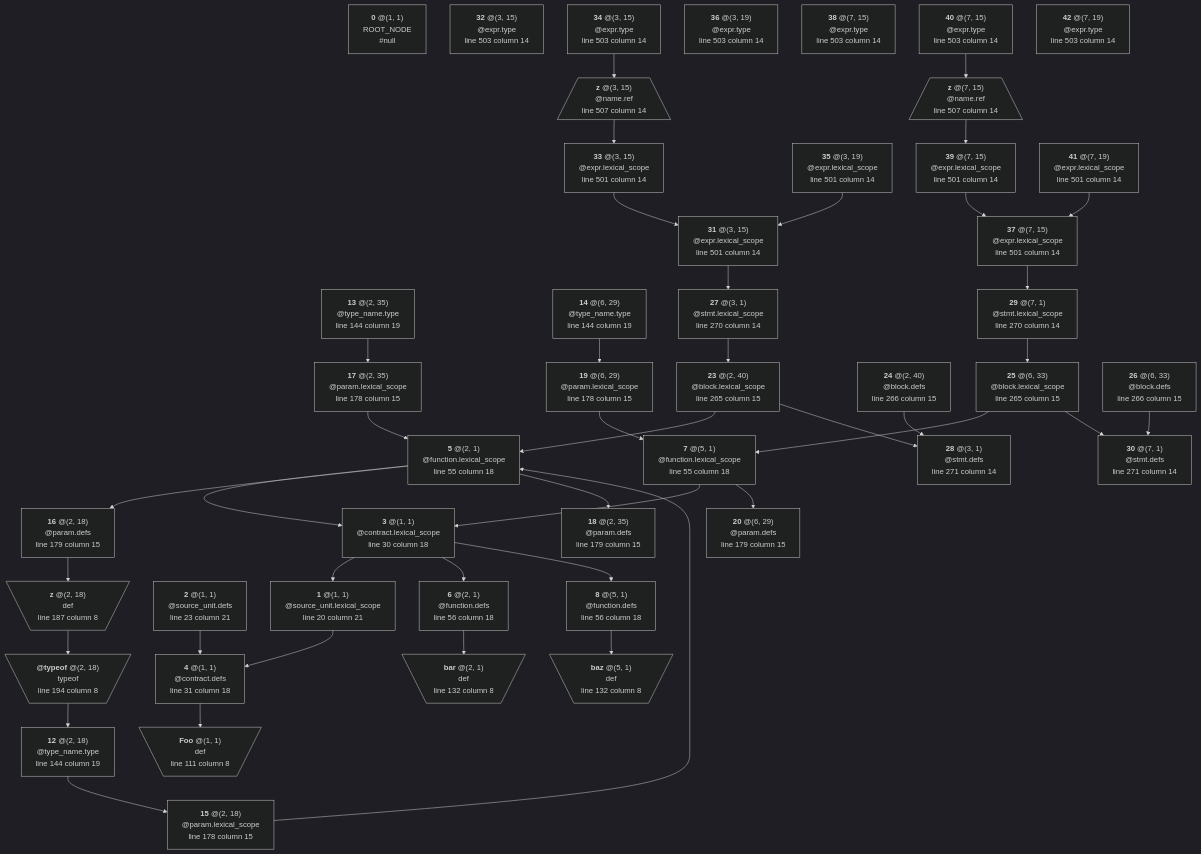
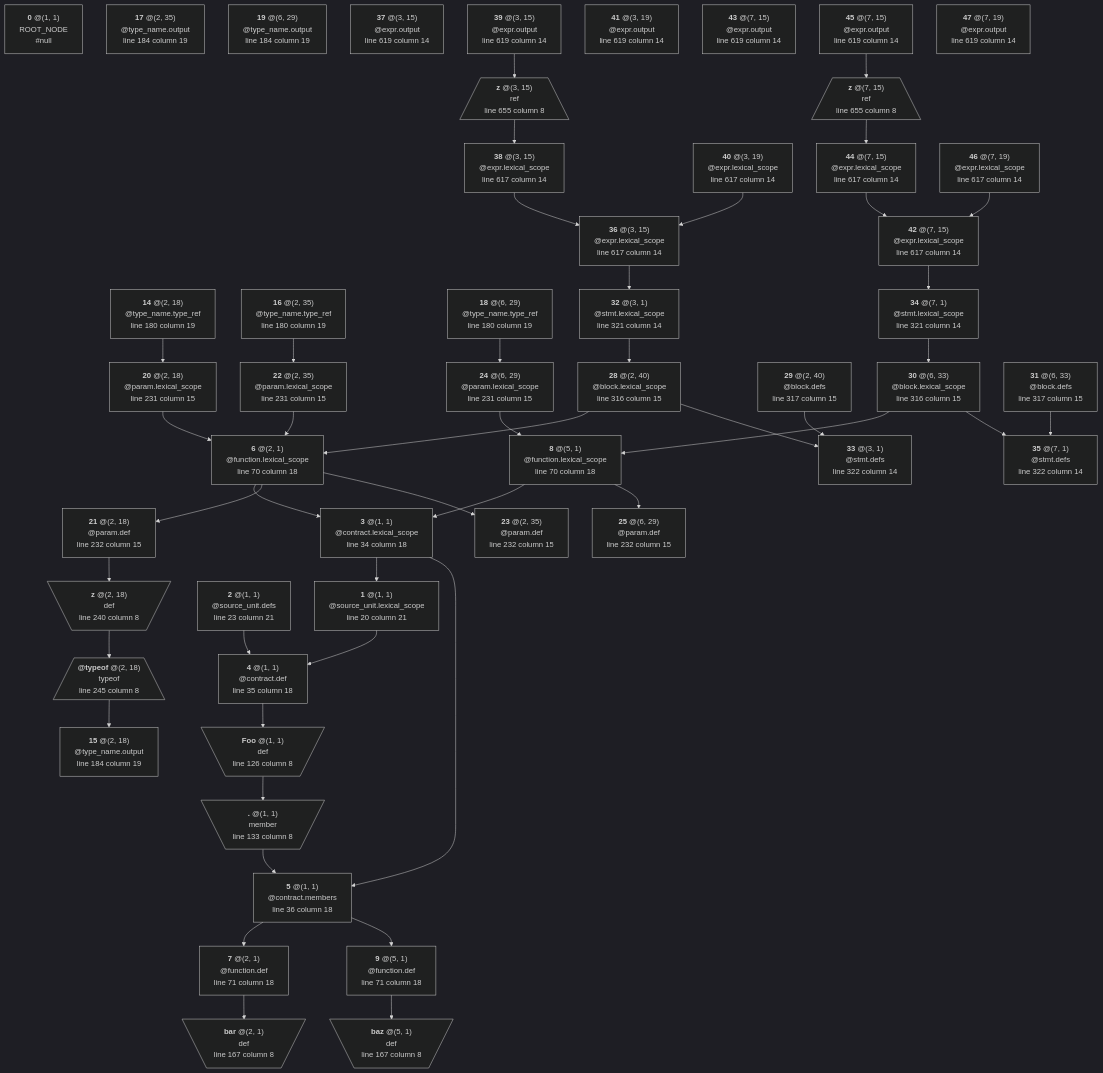
The diagram in crates/solidity/testing/snapshots/bindings_output/lexical/params/generated/0.4.11.mmd (manastech/slang), drawn with Mermaid (dark theme) before and after one commit. The commit also changed 39 other files, not shown here.

First line of the commit message:
Bindings for structs and refactor contract/libs/ifaces members rules

```diff
--- a/crates/solidity/testing/snapshots/bindings_output/lexical/params/generated/0.4.11.mmd
+++ b/crates/solidity/testing/snapshots/bindings_output/lexical/params/generated/0.4.11.mmd
@@ -1,178 +1,196 @@
 %% This file is generated automatically by infrastructure scripts. Please don't edit by hand.
 
 graph TD
 	N0["`**0** @(1, 1)
 ROOT_NODE
 #null`"]
 	N1["`**1** @(1, 1)
 @source_unit.lexical_scope
 line 20 column 21`"]
 	N1 --> N4
 	N2["`**2** @(1, 1)
 @source_unit.defs
 line 23 column 21`"]
 	N2 --> N4
 	N3["`**3** @(1, 1)
 @contract.lexical_scope
-line 30 column 18`"]
+line 34 column 18`"]
 	N3 --> N1
-	N3 --> N6
-	N3 --> N8
+	N3 --> N5
 	N4["`**4** @(1, 1)
-@contract.defs
-line 31 column 18`"]
-	N4 --> N9
-	N5["`**5** @(2, 1)
+@contract.def
+line 35 column 18`"]
+	N4 --> N10
+	N5["`**5** @(1, 1)
+@contract.members
+line 36 column 18`"]
+	N5 --> N7
+	N5 --> N9
+	N6["`**6** @(2, 1)
 @function.lexical_scope
-line 55 column 18`"]
-	N5 --> N3
-	N5 --> N16
-	N5 --> N18
-	N6["`**6** @(2, 1)
-@function.defs
-line 56 column 18`"]
-	N6 --> N10
-	N7["`**7** @(5, 1)
+line 70 column 18`"]
+	N6 --> N3
+	N6 --> N21
+	N6 --> N23
+	N7["`**7** @(2, 1)
+@function.def
+line 71 column 18`"]
+	N7 --> N12
+	N8["`**8** @(5, 1)
 @function.lexical_scope
-line 55 column 18`"]
-	N7 --> N3
-	N7 --> N20
-	N8["`**8** @(5, 1)
-@function.defs
-line 56 column 18`"]
-	N8 --> N11
-	N9[\"`**Foo** @(1, 1)
+line 70 column 18`"]
+	N8 --> N3
+	N8 --> N25
+	N9["`**9** @(5, 1)
+@function.def
+line 71 column 18`"]
+	N9 --> N13
+	N10[\"`**Foo** @(1, 1)
 def
-line 111 column 8`"/]
-	N10[\"`**bar** @(2, 1)
+line 126 column 8`"/]
+	N10 --> N11
+	N11[\"`**.** @(1, 1)
+member
+line 133 column 8`"/]
+	N11 --> N5
+	N12[\"`**bar** @(2, 1)
 def
-line 132 column 8`"/]
-	N11[\"`**baz** @(5, 1)
+line 167 column 8`"/]
+	N13[\"`**baz** @(5, 1)
 def
-line 132 column 8`"/]
-	N12["`**12** @(2, 18)
-@type_name.type
-line 144 column 19`"]
-	N12 --> N15
-	N13["`**13** @(2, 35)
-@type_name.type
-line 144 column 19`"]
-	N13 --> N17
-	N14["`**14** @(6, 29)
-@type_name.type
-line 144 column 19`"]
-	N14 --> N19
+line 167 column 8`"/]
+	N14["`**14** @(2, 18)
+@type_name.type_ref
+line 180 column 19`"]
+	N14 --> N20
 	N15["`**15** @(2, 18)
+@type_name.output
+line 184 column 19`"]
+	N16["`**16** @(2, 35)
+@type_name.type_ref
+line 180 column 19`"]
+	N16 --> N22
+	N17["`**17** @(2, 35)
+@type_name.output
+line 184 column 19`"]
+	N18["`**18** @(6, 29)
+@type_name.type_ref
+line 180 column 19`"]
+	N18 --> N24
+	N19["`**19** @(6, 29)
+@type_name.output
+line 184 column 19`"]
+	N20["`**20** @(2, 18)
 @param.lexical_scope
-line 178 column 15`"]
-	N15 --> N5
-	N16["`**16** @(2, 18)
-@param.defs
-line 179 column 15`"]
-	N16 --> N21
-	N17["`**17** @(2, 35)
+line 231 column 15`"]
+	N20 --> N6
+	N21["`**21** @(2, 18)
+@param.def
+line 232 column 15`"]
+	N21 --> N26
+	N22["`**22** @(2, 35)
 @param.lexical_scope
-line 178 column 15`"]
-	N17 --> N5
-	N18["`**18** @(2, 35)
-@param.defs
-line 179 column 15`"]
-	N19["`**19** @(6, 29)
+line 231 column 15`"]
+	N22 --> N6
+	N23["`**23** @(2, 35)
+@param.def
+line 232 column 15`"]
+	N24["`**24** @(6, 29)
 @param.lexical_scope
-line 178 column 15`"]
-	N19 --> N7
-	N20["`**20** @(6, 29)
-@param.defs
-line 179 column 15`"]
-	N21[\"`**z** @(2, 18)
+line 231 column 15`"]
+	N24 --> N8
+	N25["`**25** @(6, 29)
+@param.def
+line 232 column 15`"]
+	N26[\"`**z** @(2, 18)
 def
-line 187 column 8`"/]
-	N21 --> N22
-	N22[\"`**@typeof** @(2, 18)
+line 240 column 8`"/]
+	N26 --> N27
+	N27[/"`**@typeof** @(2, 18)
 typeof
-line 194 column 8`"/]
-	N22 --> N12
-	N23["`**23** @(2, 40)
+line 245 column 8`"\]
+	N27 --> N15
+	N28["`**28** @(2, 40)
 @block.lexical_scope
-line 265 column 15`"]
-	N23 --> N5
-	N23 --> N28
-	N24["`**24** @(2, 40)
+line 316 column 15`"]
+	N28 --> N6
+	N28 --> N33
+	N29["`**29** @(2, 40)
 @block.defs
-line 266 column 15`"]
-	N24 --> N28
-	N25["`**25** @(6, 33)
+line 317 column 15`"]
+	N29 --> N33
+	N30["`**30** @(6, 33)
 @block.lexical_scope
-line 265 column 15`"]
-	N25 --> N7
-	N25 --> N30
-	N26["`**26** @(6, 33)
+line 316 column 15`"]
+	N30 --> N8
+	N30 --> N35
+	N31["`**31** @(6, 33)
 @block.defs
-line 266 column 15`"]
-	N26 --> N30
-	N27["`**27** @(3, 1)
+line 317 column 15`"]
+	N31 --> N35
+	N32["`**32** @(3, 1)
 @stmt.lexical_scope
-line 270 column 14`"]
-	N27 --> N23
-	N28["`**28** @(3, 1)
+line 321 column 14`"]
+	N32 --> N28
+	N33["`**33** @(3, 1)
 @stmt.defs
-line 271 column 14`"]
-	N29["`**29** @(7, 1)
+line 322 column 14`"]
+	N34["`**34** @(7, 1)
 @stmt.lexical_scope
-line 270 column 14`"]
-	N29 --> N25
-	N30["`**30** @(7, 1)
+line 321 column 14`"]
+	N34 --> N30
+	N35["`**35** @(7, 1)
 @stmt.defs
-line 271 column 14`"]
-	N31["`**31** @(3, 15)
+line 322 column 14`"]
+	N36["`**36** @(3, 15)
 @expr.lexical_scope
-line 501 column 14`"]
-	N31 --> N27
-	N32["`**32** @(3, 15)
-@expr.type
-line 503 column 14`"]
-	N33["`**33** @(3, 15)
+line 617 column 14`"]
+	N36 --> N32
+	N37["`**37** @(3, 15)
+@expr.output
+line 619 column 14`"]
+	N38["`**38** @(3, 15)
 @expr.lexical_scope
-line 501 column 14`"]
-	N33 --> N31
-	N34["`**34** @(3, 15)
-@expr.type
-line 503 column 14`"]
-	N34 --> N43
-	N35["`**35** @(3, 19)
+line 617 column 14`"]
+	N38 --> N36
+	N39["`**39** @(3, 15)
+@expr.output
+line 619 column 14`"]
+	N39 --> N48
+	N40["`**40** @(3, 19)
 @expr.lexical_scope
-line 501 column 14`"]
-	N35 --> N31
-	N36["`**36** @(3, 19)
-@expr.type
-line 503 column 14`"]
-	N37["`**37** @(7, 15)
+line 617 column 14`"]
+	N40 --> N36
+	N41["`**41** @(3, 19)
+@expr.output
+line 619 column 14`"]
+	N42["`**42** @(7, 15)
 @expr.lexical_scope
-line 501 column 14`"]
-	N37 --> N29
-	N38["`**38** @(7, 15)
-@expr.type
-line 503 column 14`"]
-	N39["`**39** @(7, 15)
+line 617 column 14`"]
+	N42 --> N34
+	N43["`**43** @(7, 15)
+@expr.output
+line 619 column 14`"]
+	N44["`**44** @(7, 15)
 @expr.lexical_scope
-line 501 column 14`"]
-	N39 --> N37
-	N40["`**40** @(7, 15)
-@expr.type
-line 503 column 14`"]
-	N40 --> N44
-	N41["`**41** @(7, 19)
+line 617 column 14`"]
+	N44 --> N42
+	N45["`**45** @(7, 15)
+@expr.output
+line 619 column 14`"]
+	N45 --> N49
+	N46["`**46** @(7, 19)
 @expr.lexical_scope
-line 501 column 14`"]
-	N41 --> N37
-	N42["`**42** @(7, 19)
-@expr.type
-line 503 column 14`"]
-	N43[/"`**z** @(3, 15)
-@name.ref
-line 507 column 14`"\]
-	N43 --> N33
-	N44[/"`**z** @(7, 15)
-@name.ref
-line 507 column 14`"\]
-	N44 --> N39
+line 617 column 14`"]
+	N46 --> N42
+	N47["`**47** @(7, 19)
+@expr.output
+line 619 column 14`"]
+	N48[/"`**z** @(3, 15)
+ref
+line 655 column 8`"\]
+	N48 --> N38
+	N49[/"`**z** @(7, 15)
+ref
+line 655 column 8`"\]
+	N49 --> N44
```
